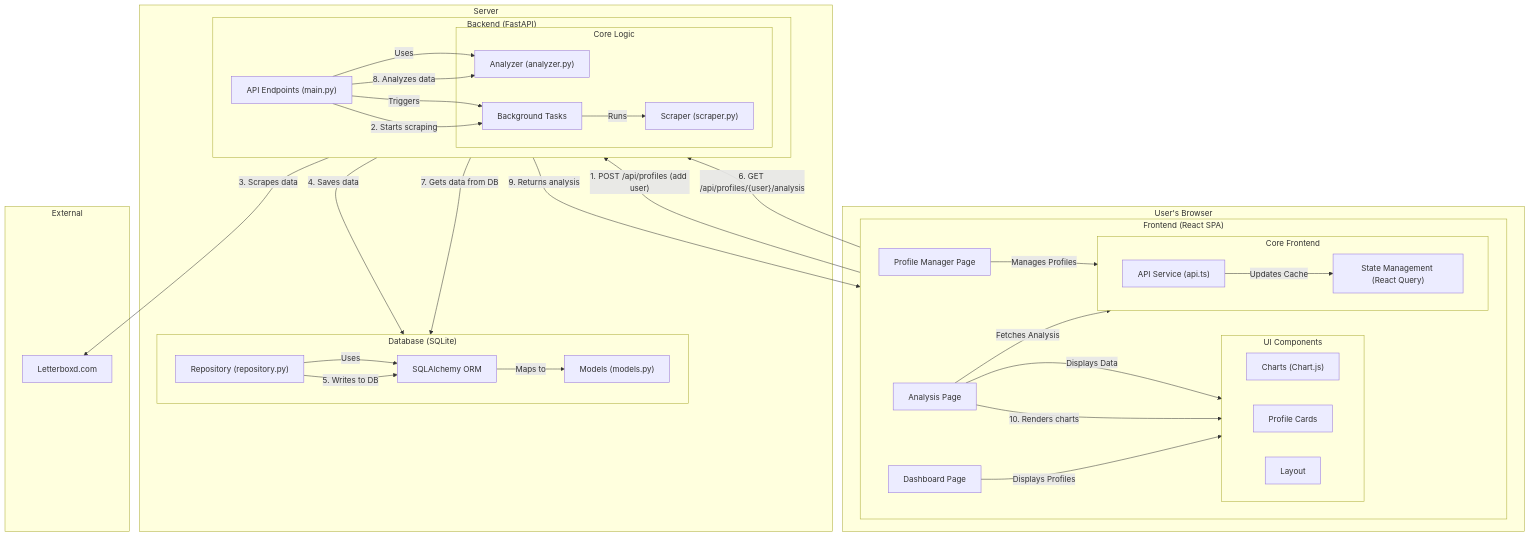
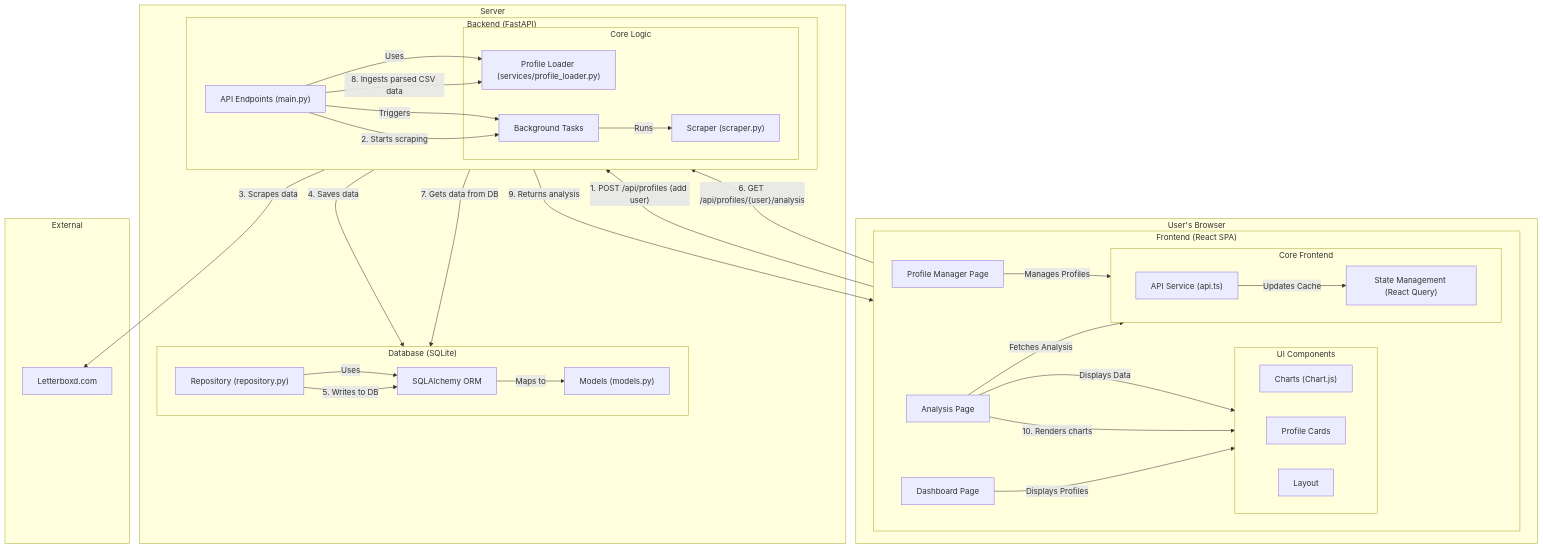
Before and after one commit to Yash03x/letterboxd-reviewer: the diagram in DEVELOPERS.md, drawn with Mermaid. The commit also changed other lines of this file and 44 other files, not shown here.

````diff
--- a/DEVELOPERS.md
+++ b/DEVELOPERS.md
@@ -9,72 +9,72 @@
 ```mermaid
 graph TD
     subgraph "User's Browser"
         subgraph "Frontend (React SPA)"
             direction LR
             U_ProfileManager["Profile Manager Page"]
             U_Dashboard["Dashboard Page"]
             U_Analysis["Analysis Page"]
 
             subgraph "UI Components"
                 direction LR
                 C_Charts["Charts (Chart.js)"]
                 C_Cards["Profile Cards"]
                 C_Layout["Layout"]
             end
 
             subgraph "Core Frontend"
                 direction LR
                 S_API["API Service (api.ts)"]
                 S_State["State Management (React Query)"]
             end
 
             U_ProfileManager -- "Manages Profiles" --> S_API
             U_Analysis -- "Fetches Analysis" --> S_API
             S_API -- "Updates Cache" --> S_State
             U_Analysis -- "Displays Data" --> C_Charts
             U_Dashboard -- "Displays Profiles" --> C_Cards
         end
     end
 
     subgraph "Server"
         subgraph "Backend (FastAPI)"
             direction LR
             B_Endpoints["API Endpoints (main.py)"]
 
             subgraph "Core Logic"
-                B_Analyzer["Analyzer (analyzer.py)"]
+                B_Ingest["Profile Loader (services/profile_loader.py)"]
                 B_Scraper["Scraper (scraper.py)"]
                 B_BGTasks["Background Tasks"]
             end
 
             B_Endpoints -- "Triggers" --> B_BGTasks
             B_BGTasks -- "Runs" --> B_Scraper
-            B_Endpoints -- "Uses" --> B_Analyzer
+            B_Endpoints -- "Uses" --> B_Ingest
         end
 
         subgraph "Database (SQLite)"
             direction LR
             D_Repo["Repository (repository.py)"]
             D_ORM["SQLAlchemy ORM"]
             D_Models["Models (models.py)"]
             D_Repo -- "Uses" --> D_ORM
             D_ORM -- "Maps to" --> D_Models
         end
     end
 
     subgraph "External"
         Letterboxd["Letterboxd.com"]
     end
 
     %% Interactions
     U_ProfileManager -- "1. POST /api/profiles (add user)" --> B_Endpoints
     B_Endpoints -- "2. Starts scraping" --> B_BGTasks
     B_Scraper -- "3. Scrapes data" --> Letterboxd
     B_Scraper -- "4. Saves data" --> D_Repo
     D_Repo -- "5. Writes to DB" --> D_ORM
     U_Analysis -- "6. GET /api/profiles/{user}/analysis" --> B_Endpoints
     B_Endpoints -- "7. Gets data from DB" --> D_Repo
-    B_Endpoints -- "8. Analyzes data" --> B_Analyzer
+    B_Endpoints -- "8. Ingests parsed CSV data" --> B_Ingest
     B_Endpoints -- "9. Returns analysis" --> U_Analysis
     U_Analysis -- "10. Renders charts" --> C_Charts
 ```
````
